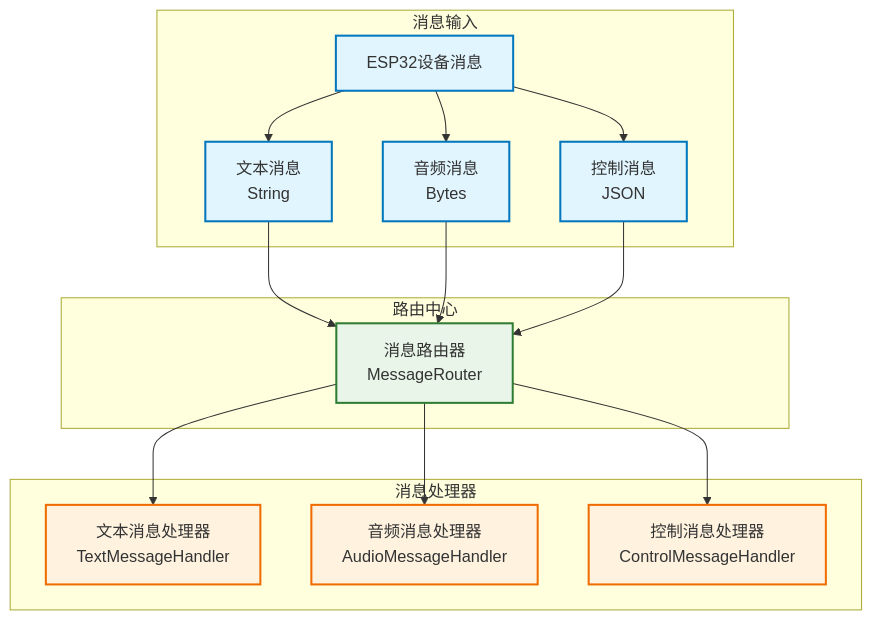
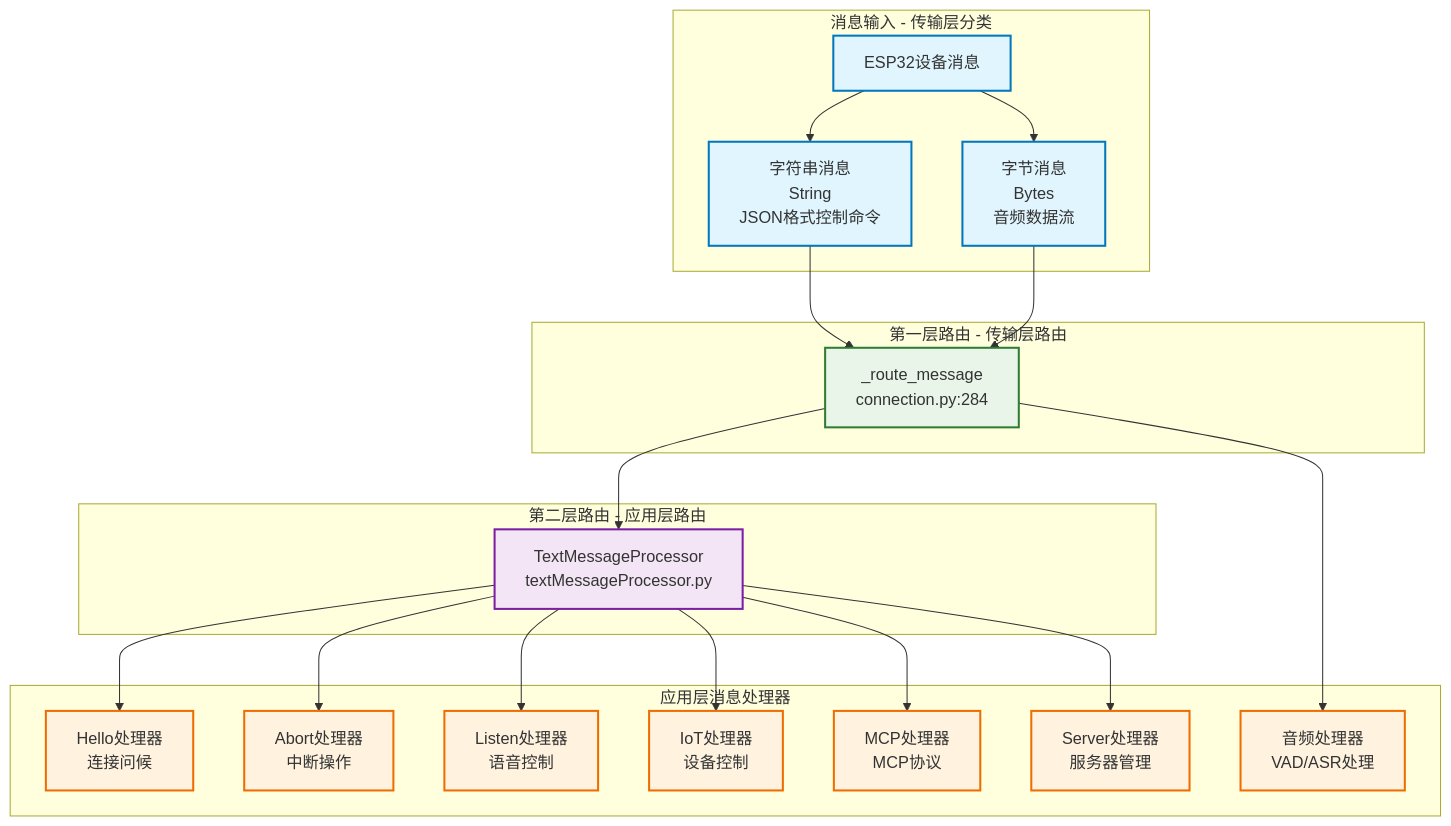
One commit to haoqianga11/xiaozhi-esp32-server changed the fourth of 9 diagrams in main/xiaozhi-server/archbyWill/byw/02_connection_management.md. Above: the diagram before and after it, drawn with Mermaid. The commit also changed other lines of this file and 2 other files, not shown here.

Commit message:
更新文件

````diff
--- a/main/xiaozhi-server/archbyWill/byw/02_connection_management.md
+++ b/main/xiaozhi-server/archbyWill/byw/02_connection_management.md
@@ -116,39 +118,52 @@
 ```mermaid
 graph TB
-    subgraph "消息输入"
+    subgraph "消息输入 - 传输层分类"
         A[ESP32设备消息]
-        B[文本消息<br/>String]
-        C[音频消息<br/>Bytes]
-        D[控制消息<br/>JSON]
+        B[字符串消息<br/>String<br/>JSON格式控制命令]
+        C[字节消息<br/>Bytes<br/>音频数据流]
     end
-    
-    subgraph "路由中心"
-        E[消息路由器<br/>MessageRouter]
+
+    subgraph "第一层路由 - 传输层路由"
+        D[_route_message<br/>connection.py:284]
     end
-    
-    subgraph "消息处理器"
-        F[文本消息处理器<br/>TextMessageHandler]
-        G[音频消息处理器<br/>AudioMessageHandler]
-        H[控制消息处理器<br/>ControlMessageHandler]
+
+    subgraph "第二层路由 - 应用层路由"
+        E[TextMessageProcessor<br/>textMessageProcessor.py]
     end
-    
+
+    subgraph "应用层消息处理器"
+        F[Hello处理器<br/>连接问候]
+        G[Abort处理器<br/>中断操作]
+        H[Listen处理器<br/>语音控制]
+        I[IoT处理器<br/>设备控制]
+        J[MCP处理器<br/>MCP协议]
+        K[Server处理器<br/>服务器管理]
+        L[音频处理器<br/>VAD/ASR处理]
+    end
+
     A --> B
     A --> C
-    A --> D
-    
-    B --> E
-    C --> E
+
+    B --> D
+    C --> D
+
     D --> E
-    
+    D --> L
+
     E --> F
     E --> G
     E --> H
-    
+    E --> I
+    E --> J
+    E --> K
+
     classDef input fill:#e1f5fe,stroke:#0277bd,stroke-width:2px
-    classDef router fill:#e8f5e8,stroke:#2e7d32,stroke-width:2px
+    classDef router1 fill:#e8f5e8,stroke:#2e7d32,stroke-width:2px
+    classDef router2 fill:#f3e5f5,stroke:#7b1fa2,stroke-width:2px
     classDef handler fill:#fff3e0,stroke:#ef6c00,stroke-width:2px
-    
-    class A,B,C,D input
-    class E router
-    class F,G,H handler
+
+    class A,B,C input
+    class D router1
+    class E router2
+    class F,G,H,I,J,K,L handler
 ```
````
